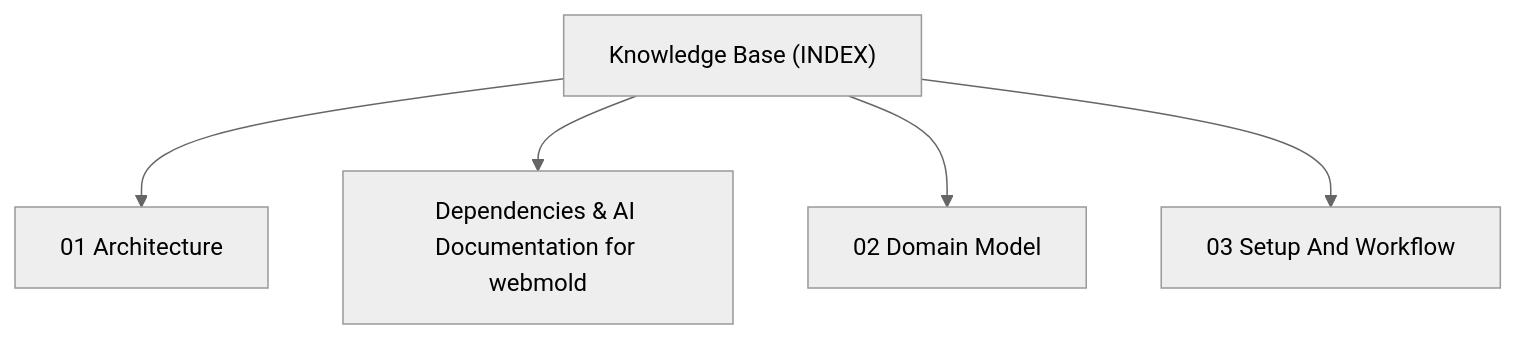
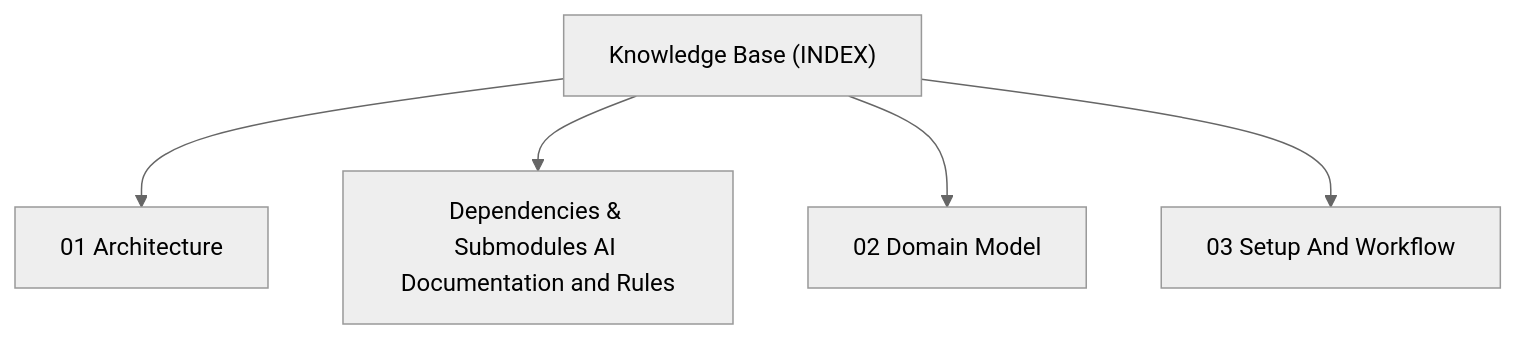
Before and after one commit to actdim/webmold: the diagram in docs/INDEX.md, drawn with Mermaid (neutral theme). The commit also changed other lines of this file and 11 other files, not shown here.

````diff
--- a/docs/INDEX.md
+++ b/docs/INDEX.md
@@ -17,12 +17,12 @@
 ```mermaid
 flowchart TD
     INDEX["Knowledge Base (INDEX)"]
     T_ARCHITECTURE["01 Architecture"]
     INDEX --> T_ARCHITECTURE
-    T_DEPENDENCIES["Dependencies & AI Documentation for webmold"]
+    T_DEPENDENCIES["Dependencies & Submodules AI Documentation and Rules"]
     INDEX --> T_DEPENDENCIES
     T_DOMAIN_MODEL["02 Domain Model"]
     INDEX --> T_DOMAIN_MODEL
     T_SETUP_AND_WORKFLOW["03 Setup And Workflow"]
     INDEX --> T_SETUP_AND_WORKFLOW
 ```
````
